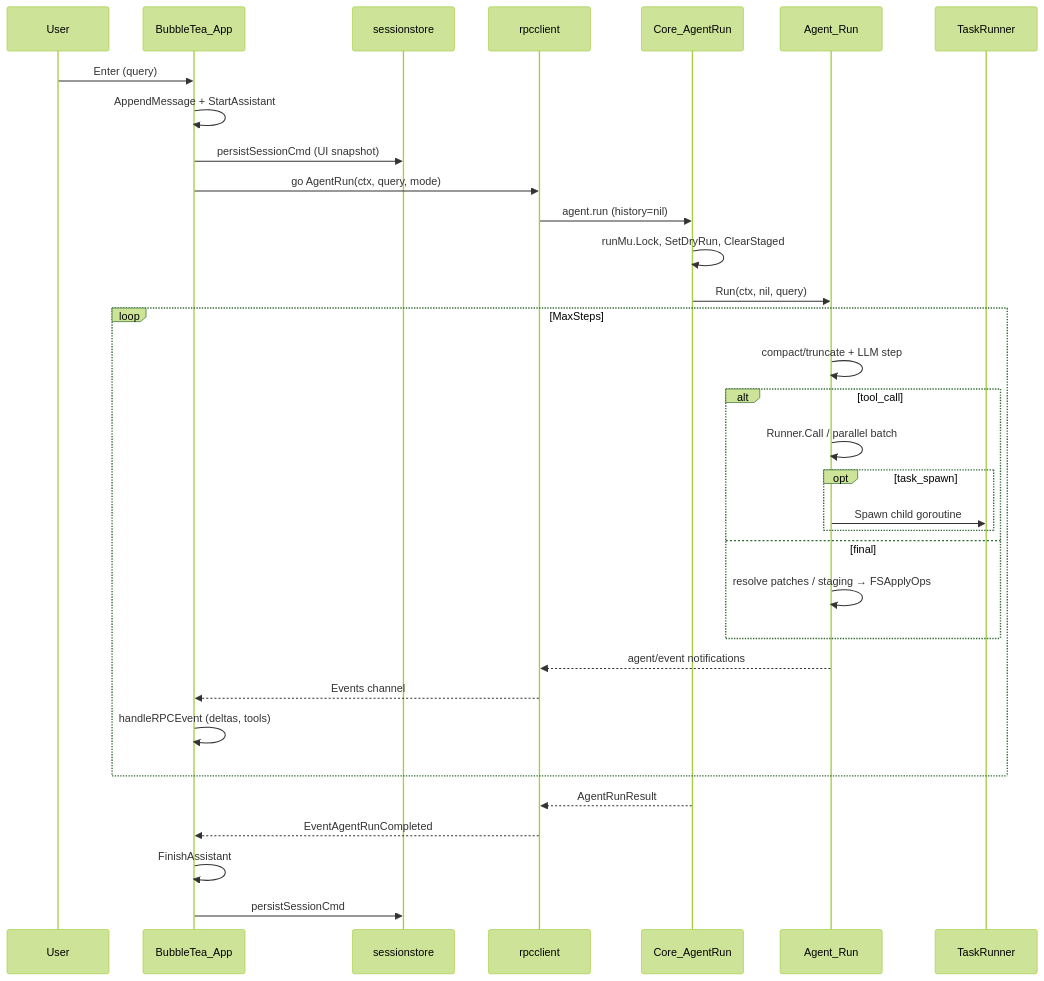
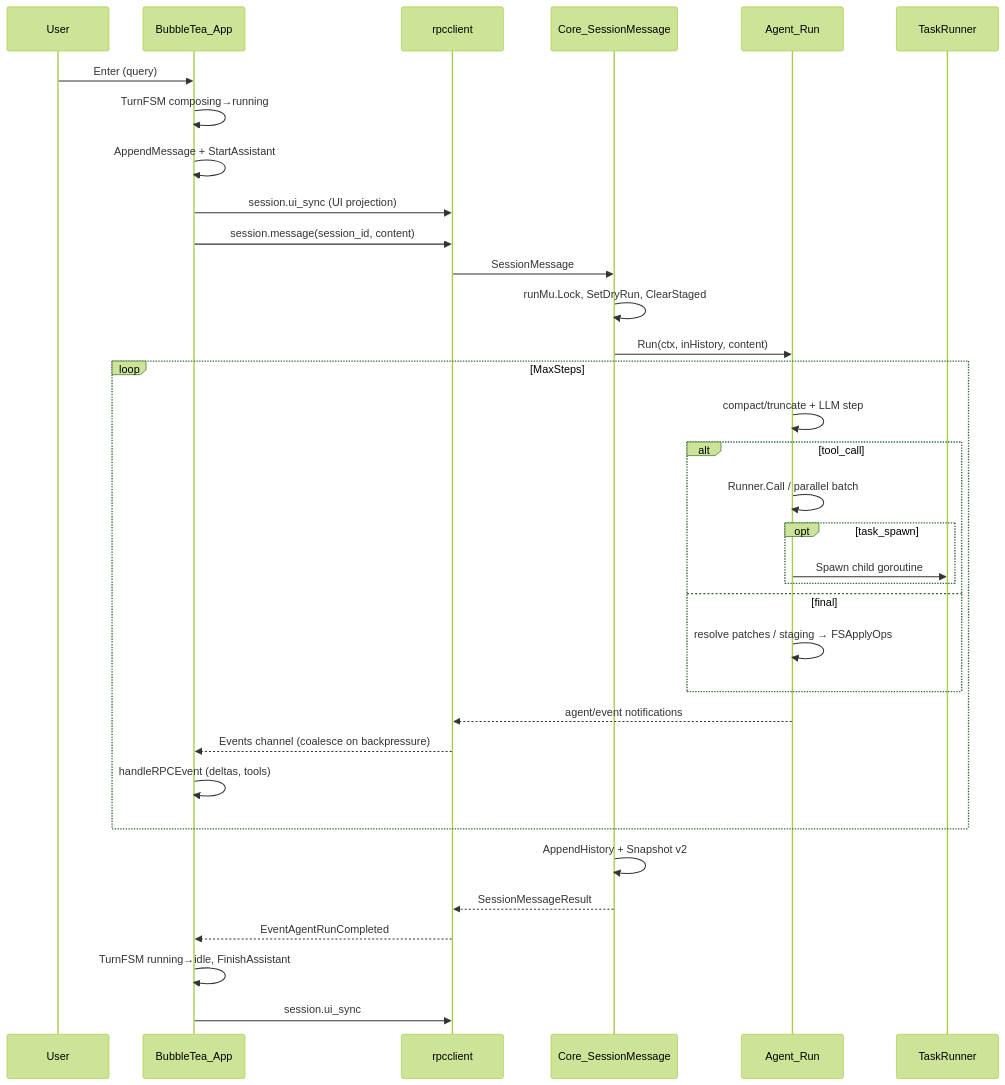
One commit to GreyKxtx/Orchestra changed the first of 2 diagrams in docs/architecture/tui-pipeline.md. Above: the diagram before and after it, drawn with Mermaid (forest theme). The commit also changed other lines of this file and 36 other files, not shown here.

First line of the commit message:
feat(tui): unified session v2, TurnFSM, and runMu hardening (M2-M4)

````diff
--- a/docs/architecture/tui-pipeline.md
+++ b/docs/architecture/tui-pipeline.md
@@ -22,36 +22,37 @@
 ```mermaid
 sequenceDiagram
   participant User
   participant TUI as BubbleTea_App
-  participant Store as sessionstore
   participant RPC as rpcclient
-  participant Core as Core_AgentRun
+  participant Core as Core_SessionMessage
   participant Agent as Agent_Run
   participant Tasks as TaskRunner
 
   User->>TUI: Enter (query)
+  TUI->>TUI: TurnFSM composing→running
   TUI->>TUI: AppendMessage + StartAssistant
-  TUI->>Store: persistSessionCmd (UI snapshot)
-  TUI->>RPC: go AgentRun(ctx, query, mode)
-  RPC->>Core: agent.run (history=nil)
+  TUI->>RPC: session.ui_sync (UI projection)
+  TUI->>RPC: session.message(session_id, content)
+  RPC->>Core: SessionMessage
   Core->>Core: runMu.Lock, SetDryRun, ClearStaged
-  Core->>Agent: Run(ctx, nil, query)
+  Core->>Agent: Run(ctx, inHistory, content)
   loop MaxSteps
     Agent->>Agent: compact/truncate + LLM step
     alt tool_call
       Agent->>Agent: Runner.Call / parallel batch
       opt task_spawn
         Agent->>Tasks: Spawn child goroutine
       end
     else final
       Agent->>Agent: resolve patches / staging → FSApplyOps
     end
     Agent-->>RPC: agent/event notifications
-    RPC-->>TUI: Events channel
+    RPC-->>TUI: Events channel (coalesce on backpressure)
     TUI->>TUI: handleRPCEvent (deltas, tools)
   end
-  Core-->>RPC: AgentRunResult
+  Core->>Core: AppendHistory + Snapshot v2
+  Core-->>RPC: SessionMessageResult
   RPC-->>TUI: EventAgentRunCompleted
-  TUI->>TUI: FinishAssistant
-  TUI->>Store: persistSessionCmd
+  TUI->>TUI: TurnFSM running→idle, FinishAssistant
+  TUI->>RPC: session.ui_sync
 ```
````
